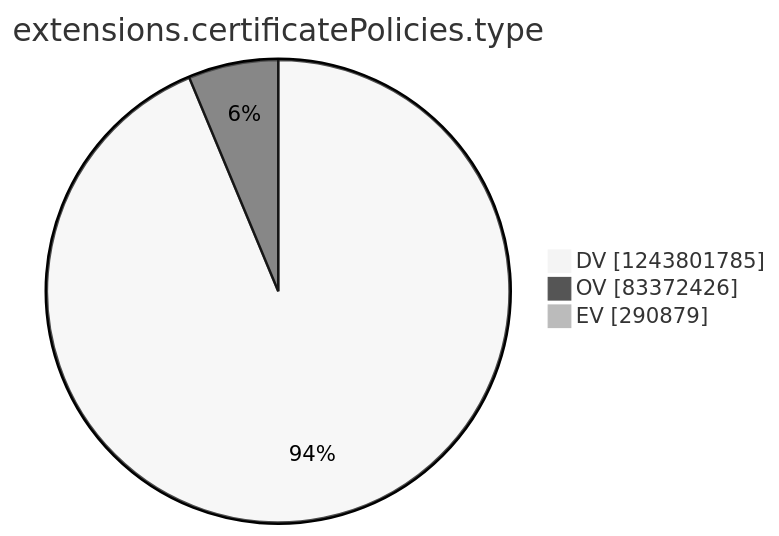
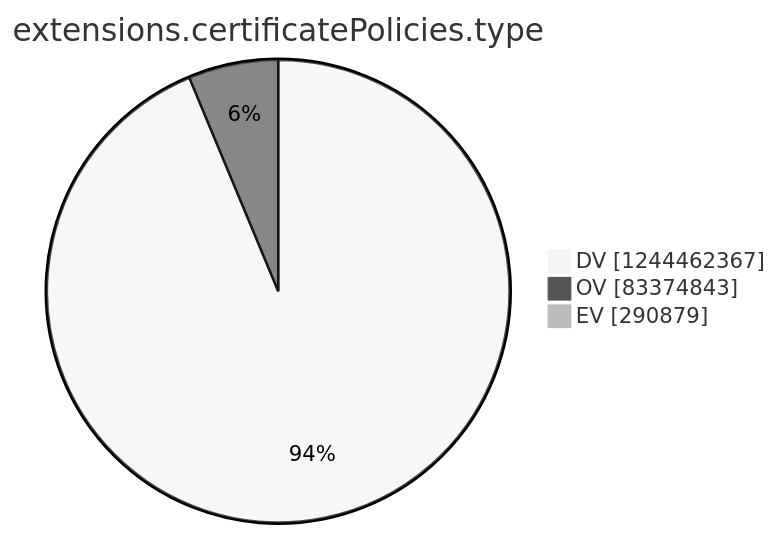
Before and after one commit to christiankrug/ctmonitor_visualization: the tenth of 15 diagrams in argon2022/README.md, drawn with Mermaid (neutral theme). The commit also changed other lines of this file, not shown here.

````diff
--- a/argon2022/README.md
+++ b/argon2022/README.md
@@ -2771,7 +2771,7 @@
 ```mermaid
 pie showData
 title extensions.certificatePolicies.type
-"DV" :1243801785
-"OV" :83372426
+"DV" :1244462367
+"OV" :83374843
 "EV" :290879
 ```
````
